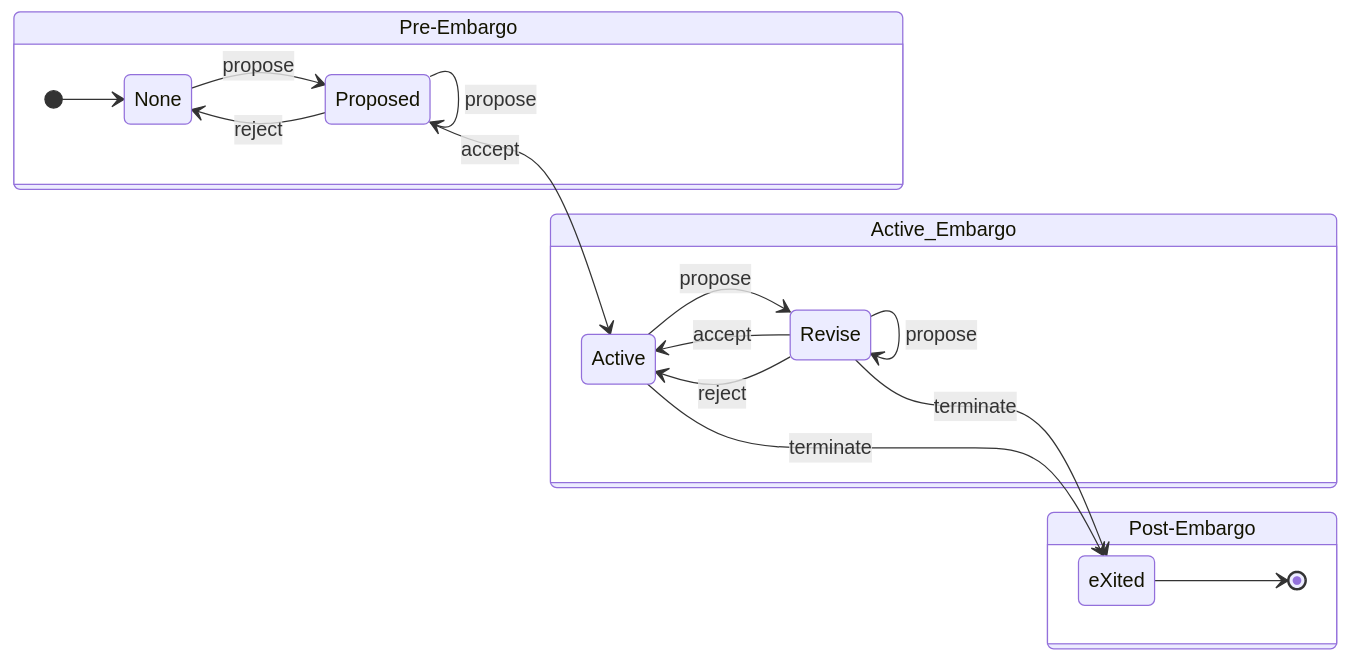
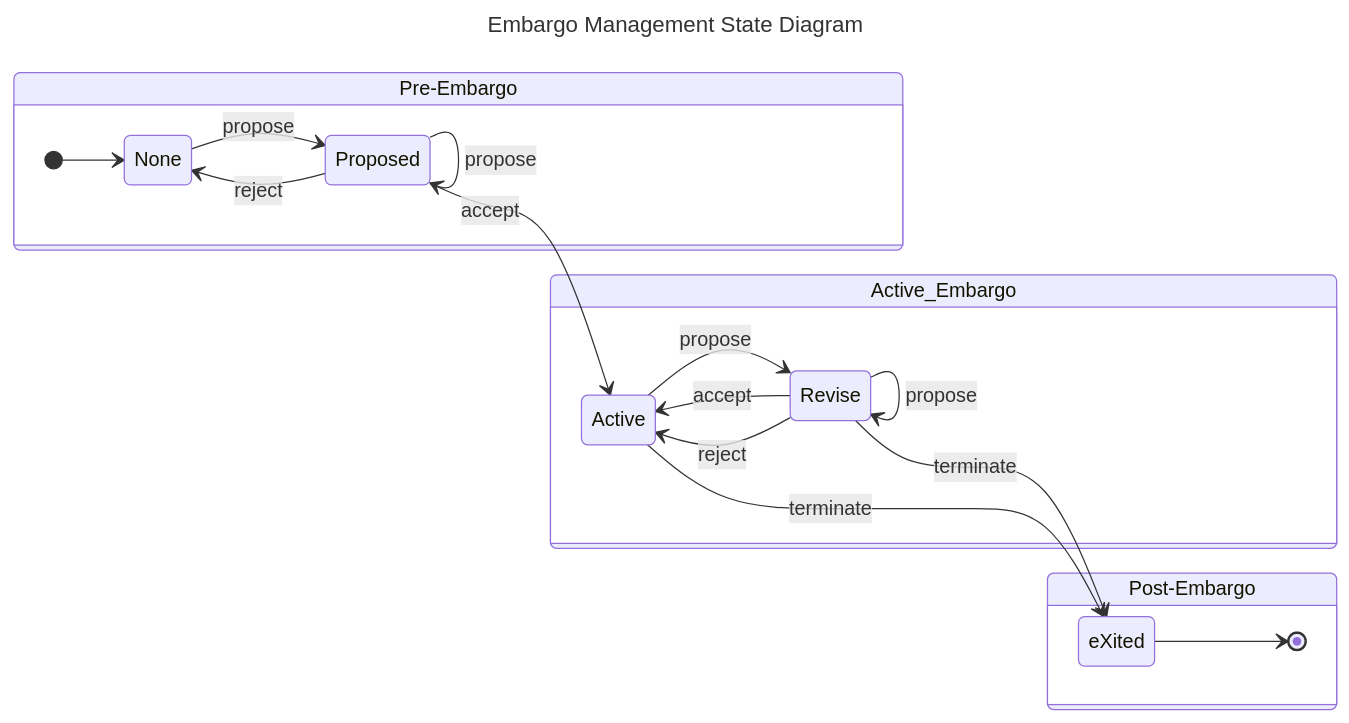
The diagram in docs/process_models/em/em_dfa_diagram.md (CERTCC/Vultron), drawn with Mermaid before and after one commit. The commit also changed 1 other file, not shown here.

Commit message:
update diagram headers

````diff
--- a/docs/process_models/em/em_dfa_diagram.md
+++ b/docs/process_models/em/em_dfa_diagram.md
@@ -2,22 +2,25 @@
 ```mermaid
+---
+title: Embargo Management State Diagram
+---
 stateDiagram-v2
     direction LR
     state Pre-Embargo {
         [*] --> None
         None --> Proposed : propose
         Proposed --> Proposed : propose
         Proposed --> None : reject
         Proposed --> Active : accept
     }
     state Active_Embargo {
         Active --> Revise : propose
         Revise --> Active : accept
         Revise --> Active : reject
         Revise --> Revise : propose
         Revise --> eXited : terminate
         Active --> eXited : terminate
     }
     state Post-Embargo {
         eXited --> [*]
     }
 ```
````
